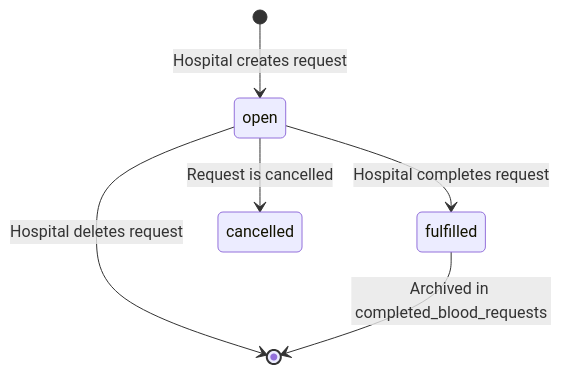
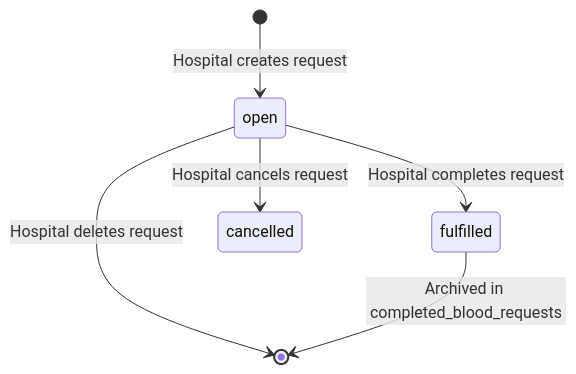
The third of 3 diagrams in docs/architecture.md (CommunityBloodDonation/Community-Blood-Donation-Management-System), drawn with Mermaid before and after one commit. The commit also changed other lines of this file and 14 other files, not shown here.

````diff
--- a/docs/architecture.md
+++ b/docs/architecture.md
@@ -91,8 +100,8 @@
 ```mermaid
 stateDiagram-v2
     [*] --> open: Hospital creates request
     open --> fulfilled: Hospital completes request
-    open --> cancelled: Request is cancelled
+    open --> cancelled: Hospital cancels request
     open --> [*]: Hospital deletes request
     fulfilled --> [*]: Archived in completed_blood_requests
 ```
````
